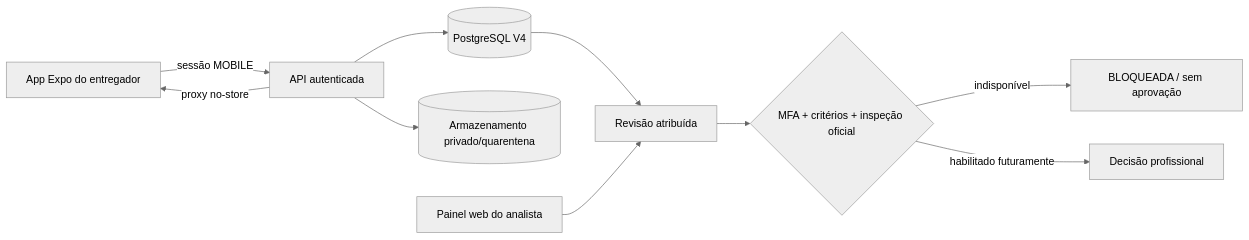
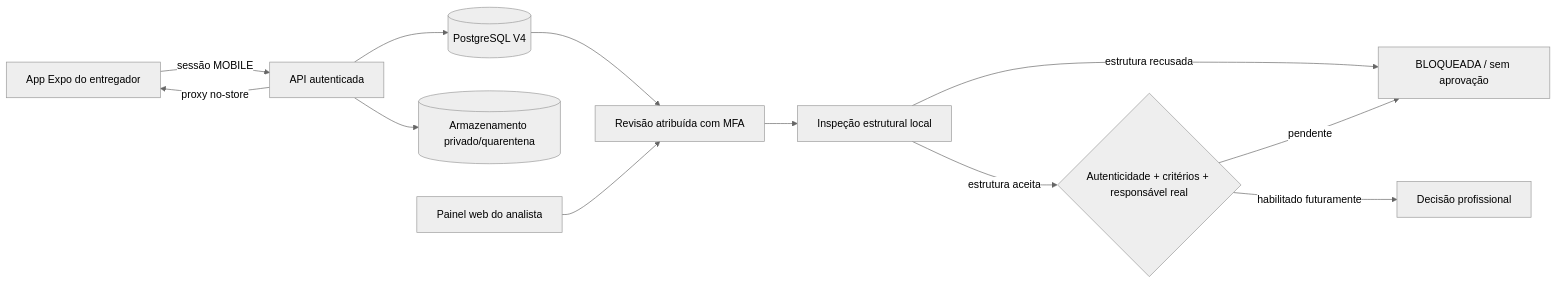
The fourth of 12 diagrams in docs/DIAGRAMAS.md (Kayquebrigadeiro/Exameperto), drawn with Mermaid (neutral theme) before and after one commit. The commit also changed other lines of this file and 23 other files, not shown here.

````diff
--- a/docs/DIAGRAMAS.md
+++ b/docs/DIAGRAMAS.md
@@ -117,12 +117,14 @@
 ```mermaid
 flowchart LR
   M[App Expo do entregador] -->|sessão MOBILE| A[API autenticada]
   A --> P[(PostgreSQL V4)]
   A --> Q[(Armazenamento privado/quarentena)]
-  P --> R[Revisão atribuída]
-  R --> X{MFA + critérios + inspeção oficial}
-  X -->|indisponível| B[BLOQUEADA / sem aprovação]
+  P --> R[Revisão atribuída com MFA]
+  R --> S[Inspeção estrutural local]
+  S -->|estrutura recusada| B[BLOQUEADA / sem aprovação]
+  S -->|estrutura aceita| X{Autenticidade + critérios + responsável real}
+  X -->|pendente| B
   X -->|habilitado futuramente| D[Decisão profissional]
   A -->|proxy no-store| M
   W[Painel web do analista] --> R
 ```
````
